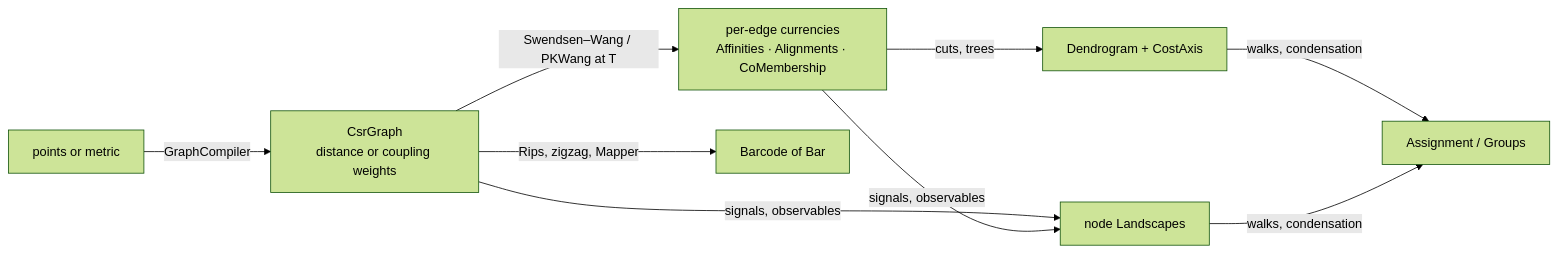
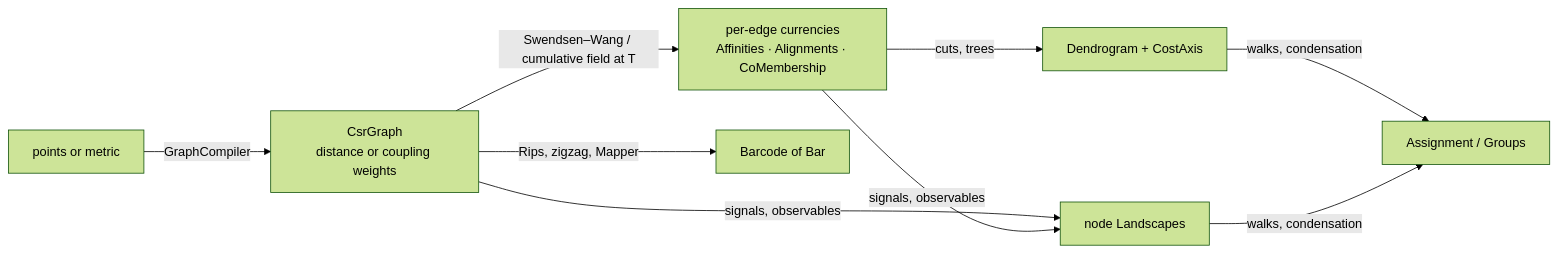
The diagram in docs/Concepts.md (aghado01/ThermoMapper), drawn with Mermaid (forest theme) before and after one commit. The commit also changed other lines of this file and 9 other files, not shown here.

First line of the commit message:
docs(clustering): give the cumulative field its own page

````diff
--- a/docs/Concepts.md
+++ b/docs/Concepts.md
@@ -5,9 +5,9 @@
 ```mermaid
 flowchart LR
   X[points or metric] -->|GraphCompiler| G[CsrGraph<br/>distance or coupling weights]
-  G -->|Swendsen–Wang / PKWang at T| C[per-edge currencies<br/>Affinities · Alignments · CoMembership]
+  G -->|Swendsen–Wang / cumulative field at T| C[per-edge currencies<br/>Affinities · Alignments · CoMembership]
   G & C -->|signals, observables| L[node Landscapes]
   C -->|cuts, trees| D[Dendrogram + CostAxis]
   D & L -->|walks, condensation| A[Assignment / Groups]
   G -->|Rips, zigzag, Mapper| B[Barcode of Bar]
 ```
````
